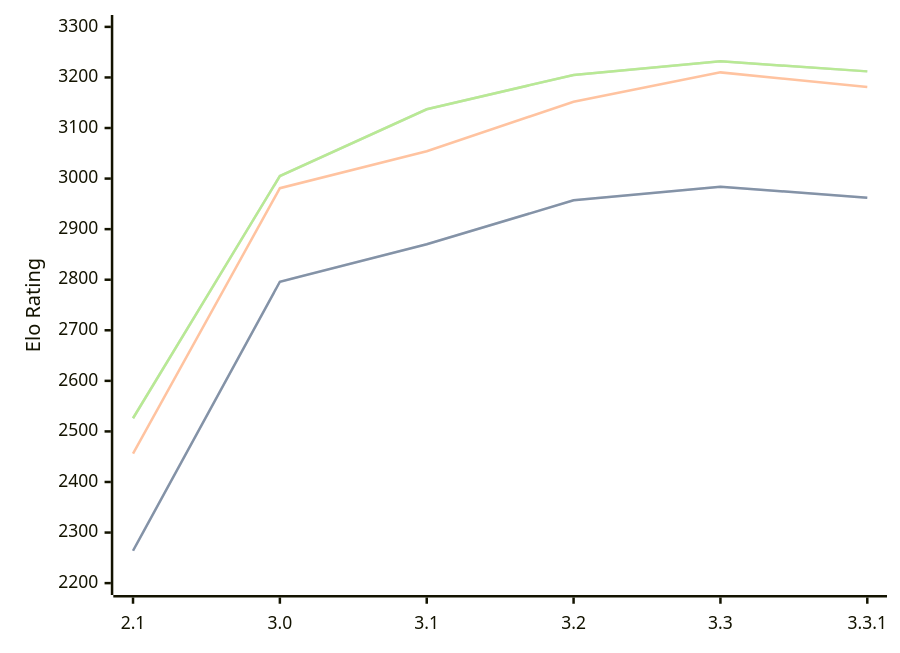
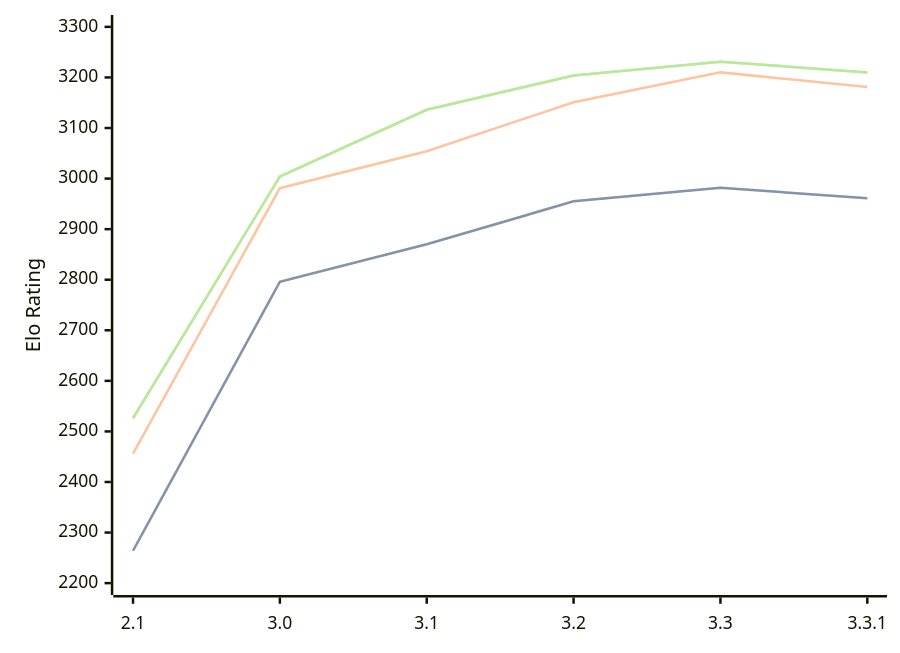
The diagram in engines/Petrel.md (computer-chess-index/cci), drawn with Mermaid before and after one commit. The commit also changed other lines of this file, not shown here.

Commit message:
Update CCI Ratings (ELO VLTC) - 2026-03-15

````diff
--- a/engines/Petrel.md
+++ b/engines/Petrel.md
@@ -41,11 +41,11 @@
 ```mermaid
 %%{init: {"theme":"base","themeVariables":{"seriesColors:['#a3a3a3','#222221','#faa371']}}}%%
 xychart-beta
   x-axis ["2.1", "3.0", "3.1", "3.2", "3.3", "3.3.1"]
   y-axis "Elo Rating" 2200 --> 3300
-  line "STC (8.0+0.08s)" [2264, 2796, 2870, 2957, 2984, 2962]
-  line "STC (8.0+0.08s)" [2264, 2796, 2870, 2957, 2984, 2962]
-  line "LTC (60.0+0.60s)" [2456, 2981, 3054, 3152, 3210, 3181]
-  line "VLTC (2m24s+1.12s)" [2526, 3005, 3137, 3205, 3232, 3212]
-  line "VLTC (2m24s+1.12s)" [2526, 3005, 3137, 3205, 3232, 3212]
+  line "STC (8.0+0.08s)" [2264, 2796, 2870, 2955, 2982, 2961]
+  line "STC (8.0+0.08s)" [2264, 2796, 2870, 2955, 2982, 2961]
+  line "LTC (60.0+0.60s)" [2456, 2981, 3054, 3151, 3210, 3181]
+  line "VLTC (2m24s+1.12s)" [2526, 3004, 3136, 3204, 3231, 3210]
+  line "VLTC (2m24s+1.12s)" [2526, 3004, 3136, 3204, 3231, 3210]
 ```
````
